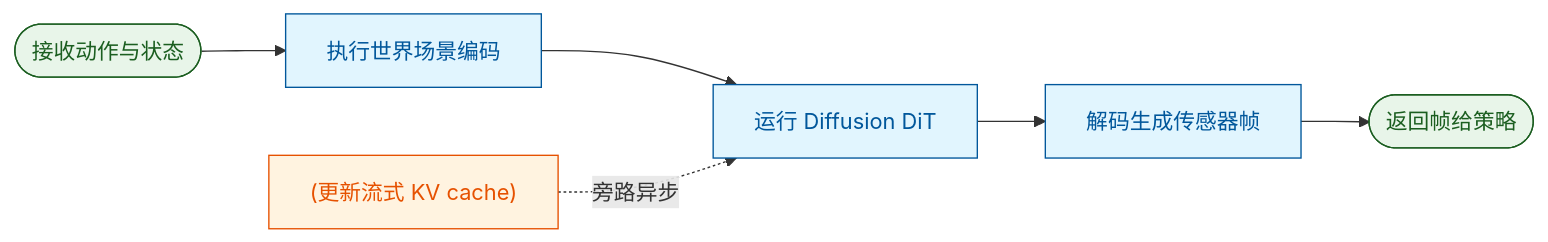
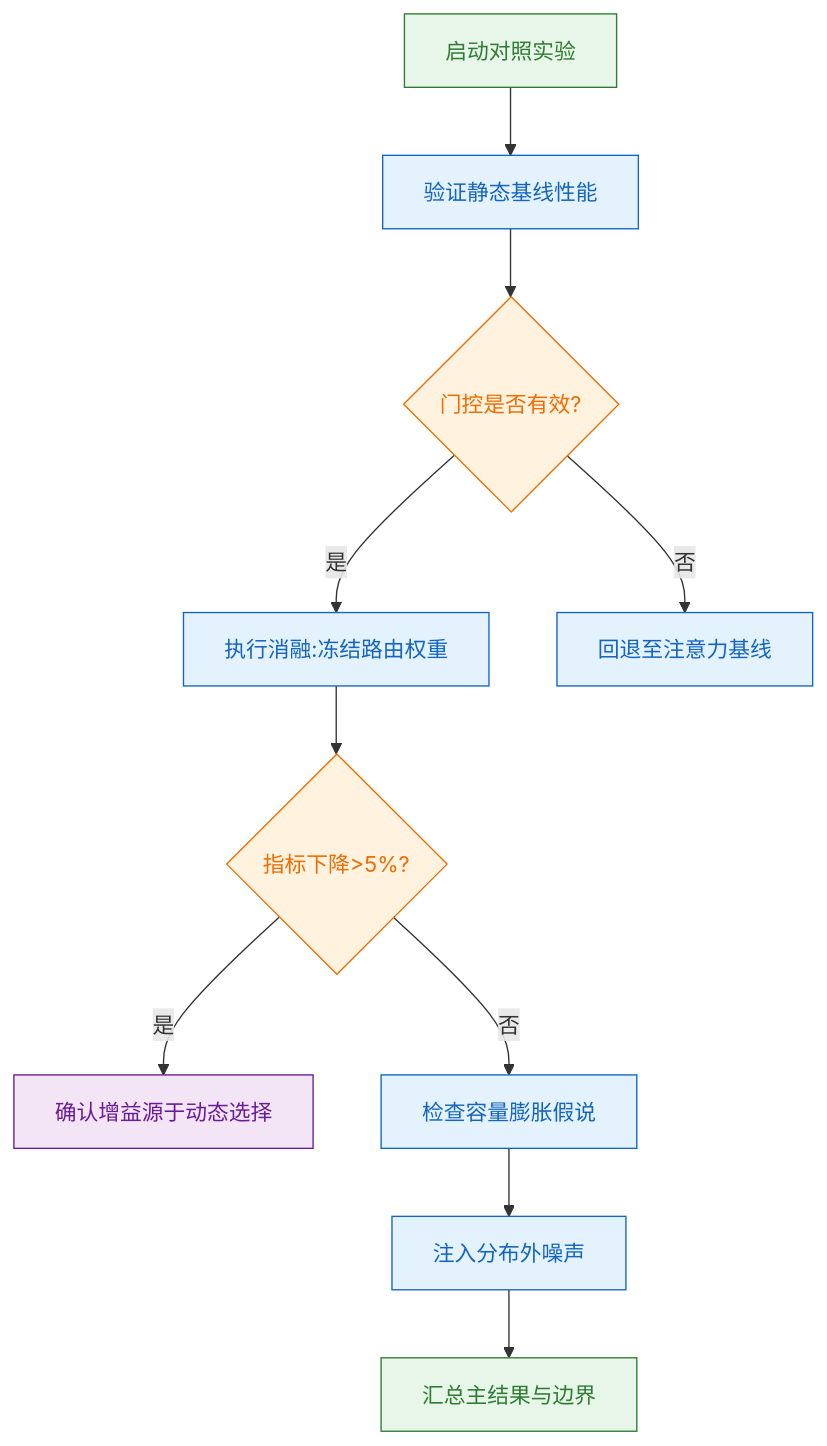
Before and after one commit to ShinewineW/paper-rolling: the fifth of 10 diagrams in person_vault/2026-06-12_OmniDreamsRealTimeGenerativeWorldModel_2606.03159/report.md, drawn with Mermaid. The commit also changed other lines of this file and 300 other files, not shown here.

````diff
--- a/person_vault/2026-06-12_OmniDreamsRealTimeGenerativeWorldModel_2606.03159/report.md
+++ b/person_vault/2026-06-12_OmniDreamsRealTimeGenerativeWorldModel_2606.03159/report.md
@@ -280,17 +246,17 @@
 ```mermaid
-flowchart LR
-    start_node(["接收动作与状态"]) --> encode_scene["执行世界场景编码"]
-    encode_scene --> run_dit["运行 Diffusion DiT"]
-    run_dit --> decode_frame["解码生成传感器帧"]
-    decode_frame --> end_node(["返回帧给策略"])
-    
-    update_kv["(更新流式 KV cache)"] -. 旁路异步 .-> run_dit
+flowchart TD
+    classDef start fill:#e8f5e9,stroke:#2e7d32,color:#2e7d32;
+    classDef process fill:#e3f2fd,stroke:#1565c0,color:#1565c0;
+    classDef decision fill:#fff3e0,stroke:#ef6c00,color:#ef6c00;
+    classDef data fill:#f3e5f5,stroke:#6a1b9a,color:#6a1b9a;
 
-    classDef process fill:#e1f5fe,stroke:#01579b,color:#01579b;
-    classDef data fill:#fff3e0,stroke:#e65100,color:#e65100;
-    classDef terminal fill:#e8f5e9,stroke:#1b5e20,color:#1b5e20;
-
-    class encode_scene,run_dit,decode_frame process;
-    class update_kv data;
-    class start_node,end_node terminal;
+    start["启动对照实验"]:::start --> check_baseline["验证静态基线性能"]:::process
+    check_baseline --> gate_test{门控是否有效?}:::decision
+    gate_test -- 是 --> ablation["执行消融:冻结路由权重"]:::process
+    gate_test -- 否 --> fallback["回退至注意力基线"]:::process
+    ablation --> metric_check{指标下降>5%?}:::decision
+    metric_check -- 是 --> confirm["确认增益源于动态选择"]:::data
+    metric_check -- 否 --> capacity_check["检查容量膨胀假说"]:::process
+    capacity_check --> ood_test["注入分布外噪声"]:::process
+    ood_test --> final_report["汇总主结果与边界"]:::start
 ```
````
